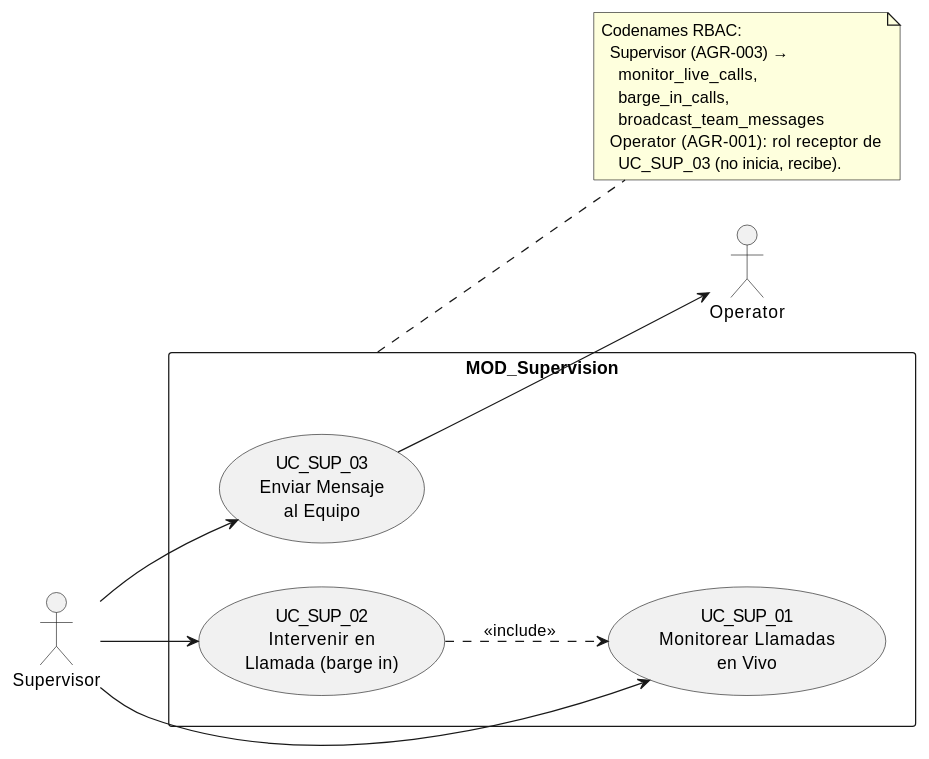
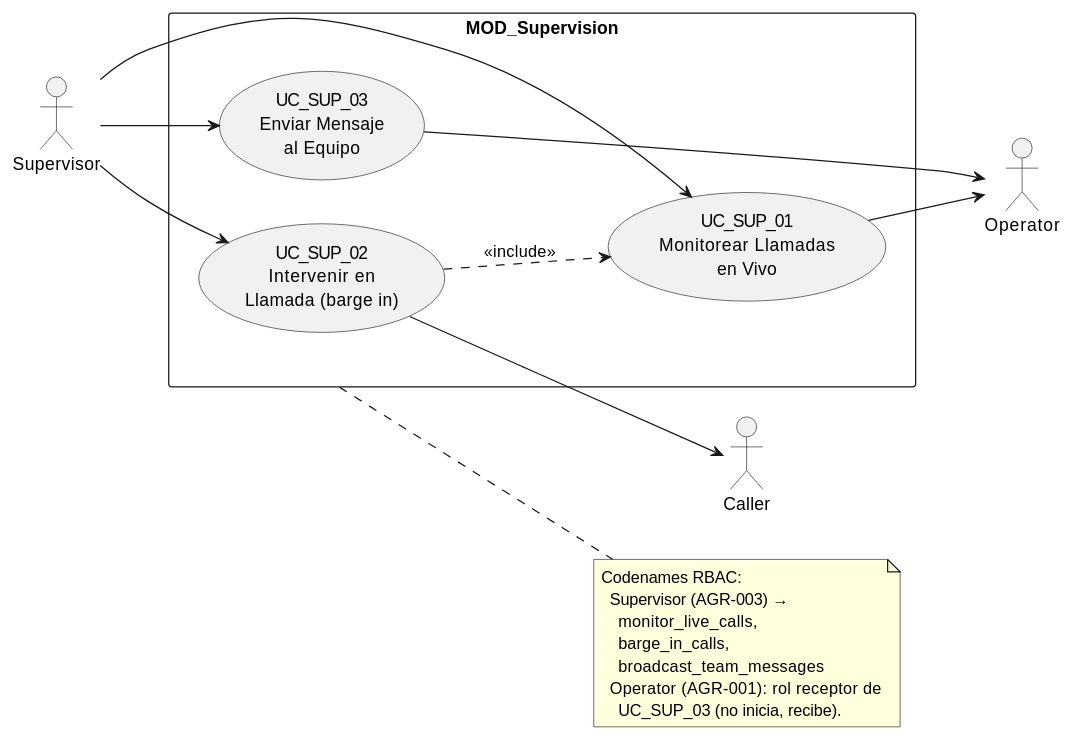
Before and after one commit to jcg-admin/IACT-docs: the diagram in source/arquitectura-tecnica/use-case-view/supervision/index.rst, drawn with PlantUML. The commit also changed 12 other files, not shown here.

First line of the commit message:
Apply uml-07 remediation Phase 3+5: beneficiaries + panoramas

```diff
--- a/source/arquitectura-tecnica/use-case-view/supervision/index.rst
+++ b/source/arquitectura-tecnica/use-case-view/supervision/index.rst
@@ -23,35 +23,39 @@
 .. uml::
  :caption: MOD_Supervision — Supervisor monitorea, interviene
            y comunica al equipo de Operators.
 
  @startuml
  left to right direction
 
  actor Supervisor
  actor Operator
 
+ actor Caller
  rectangle "MOD_Supervision" {
    usecase "UC_SUP_01\nMonitorear Llamadas\nen Vivo" as MONITOREAR
    usecase "UC_SUP_02\nIntervenir en\nLlamada (barge in)" as INTERVENIR
    usecase "UC_SUP_03\nEnviar Mensaje\nal Equipo" as ENVIAR_MENSAJE
  }
 
  Supervisor --> MONITOREAR
  Supervisor --> INTERVENIR
  Supervisor --> ENVIAR_MENSAJE
 
  ENVIAR_MENSAJE --> Operator
 
  INTERVENIR ..> MONITOREAR : <<include>>
+ MONITOREAR --> Operator
+ INTERVENIR --> Caller
+
 
  note right of MOD_Supervision
    Codenames RBAC:
      Supervisor (AGR-003) →
        monitor_live_calls,
        barge_in_calls,
        broadcast_team_messages
      Operator (AGR-001): rol receptor de
        UC_SUP_03 (no inicia, recibe).
  end note
 
  @enduml
```
